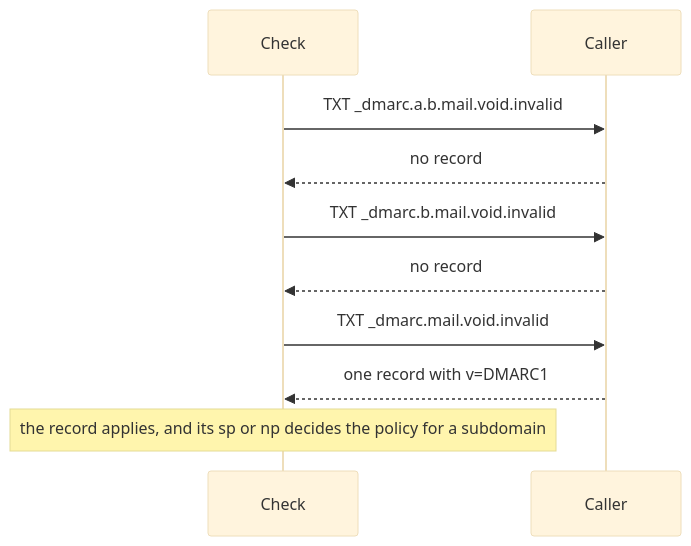
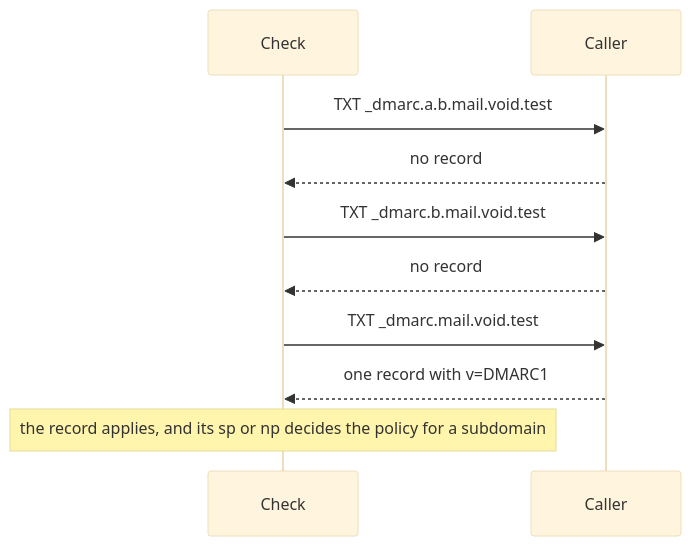
One commit to photom/hallmark changed the second of 3 diagrams in docs/reference/design/dmarc.md. Above: the diagram before and after it, drawn with Mermaid (base theme). The commit also changed 26 other files, not shown here.

````diff
--- a/docs/reference/design/dmarc.md
+++ b/docs/reference/design/dmarc.md
@@ -62,12 +62,12 @@
 ```mermaid
 sequenceDiagram
     participant Check
     participant Caller
-    Check->>Caller: TXT _dmarc.a.b.mail.void.invalid
+    Check->>Caller: TXT _dmarc.a.b.mail.void.test
     Caller-->>Check: no record
-    Check->>Caller: TXT _dmarc.b.mail.void.invalid
+    Check->>Caller: TXT _dmarc.b.mail.void.test
     Caller-->>Check: no record
-    Check->>Caller: TXT _dmarc.mail.void.invalid
+    Check->>Caller: TXT _dmarc.mail.void.test
     Caller-->>Check: one record with v=DMARC1
     Note over Check: the record applies, and its sp or np decides the policy for a subdomain
 ```
````
